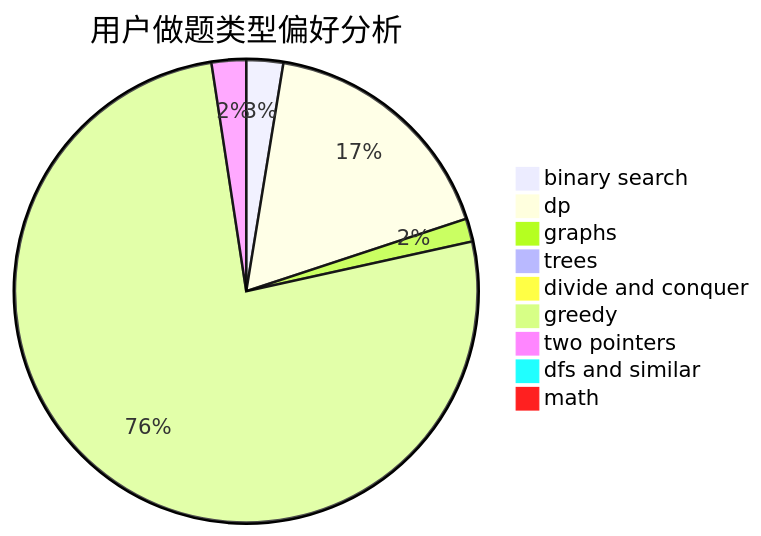
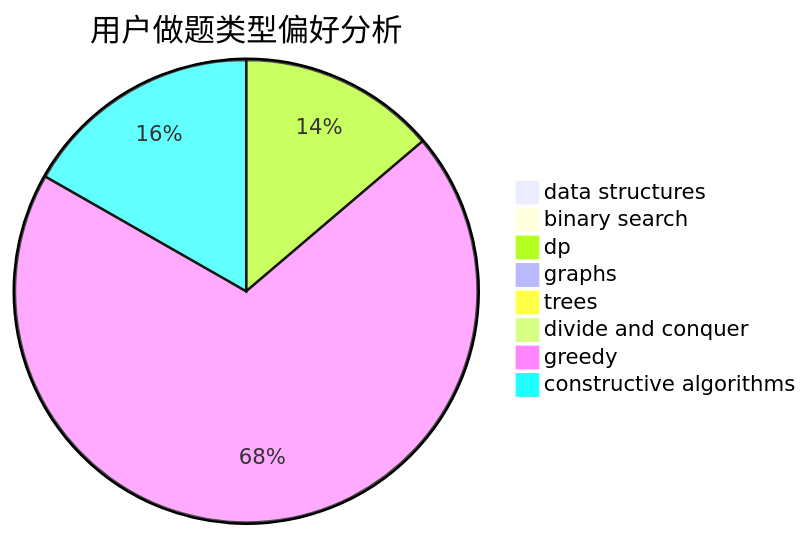
The second of 3 diagrams in docs/user/u508.md (sherpahu/cfrs.github.io), drawn with Mermaid before and after one commit. The commit also changed other lines of this file and 2775 other files, not shown here.

````diff
--- a/docs/user/u508.md
+++ b/docs/user/u508.md
@@ -23,12 +23,11 @@
 ```mermaid
 pie title 用户做题类型偏好分析
-    "binary search" :  16
-    "dp" :  108
-    "graphs" :  10
-    "trees" :  2
+    "data structures" :  0
+    "binary search" :  6
+    "dp" :  93
+    "graphs" :  5
+    "trees" :  0
     "divide and conquer" :  0
-    "greedy" :  473
-    "two pointers" :  15
-    "dfs and similar" :  0
-    "math" :  0
+    "greedy" :  469
+    "constructive algorithms" :  113
 ```
````
